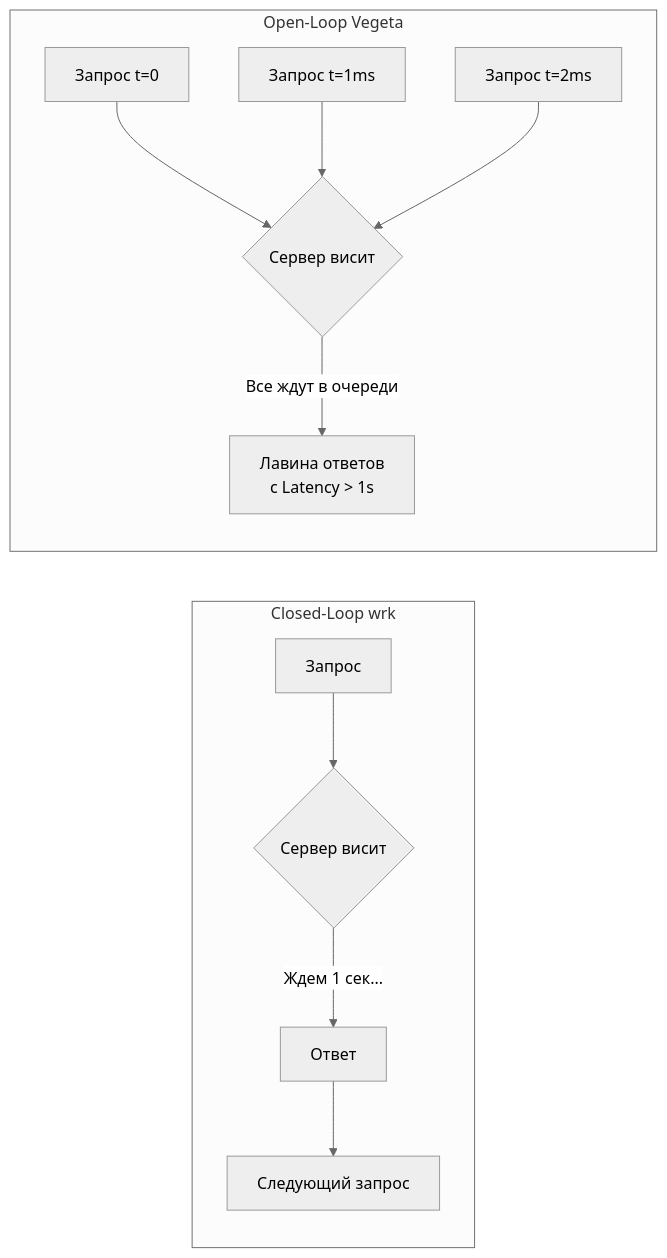
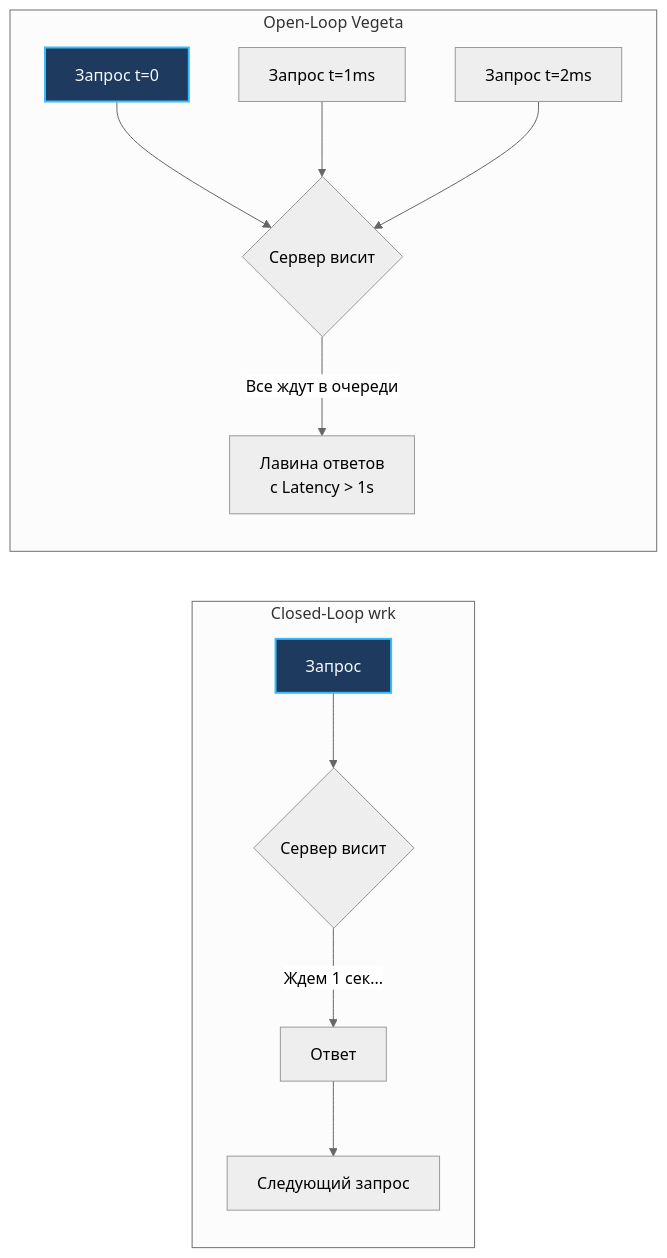
The diagram in sources/15. Тестирование в Go (QA & Testing)/09. Производительность/6. Тестирование latency.md (UnrealTemplier/go-textbook), drawn with Mermaid (neutral theme) before and after one commit. The commit also changed 1666 other files, not shown here.

First line of the commit message:
feat(mermaid): add semantic color classDef to 1369 colorless flowchart/graph diagrams

````diff
--- a/sources/15. Тестирование в Go (QA & Testing)/09. Производительность/6. Тестирование latency.md
+++ b/sources/15. Тестирование в Go (QA & Testing)/09. Производительность/6. Тестирование latency.md
@@ -38,15 +38,25 @@
 ```mermaid
 flowchart LR
+    classDef process  fill:#1e293b,stroke:#38bdf8,stroke-width:1px,color:#f8fafc
+    classDef success  fill:#064e3b,stroke:#34d399,stroke-width:1px,color:#f8fafc
+    classDef error    fill:#7f1d1d,stroke:#f87171,stroke-width:1px,color:#f8fafc
+    classDef warning  fill:#78350f,stroke:#fbbf24,stroke-width:1px,color:#f8fafc
+    classDef entry    fill:#1e3a5f,stroke:#38bdf8,stroke-width:2px,color:#f8fafc
+    classDef aux      fill:#334155,stroke:#64748b,stroke-width:1px,color:#f8fafc
+    classDef system   fill:#312e81,stroke:#a78bfa,stroke-width:1px,color:#f8fafc
+    classDef data     fill:#132d29,stroke:#2dd4bf,stroke-width:1px,color:#f8fafc
+    classDef network  fill:#881337,stroke:#fb7185,stroke-width:1px,color:#f8fafc
+    classDef accent   fill:#1e1b4b,stroke:#818cf8,stroke-width:1px,color:#f8fafc
     subgraph Closed-Loop wrk
-    A1["Запрос"] --> B1{"Сервер висит"}
+    A1["Запрос"]:::entry --> B1{"Сервер висит"}
     B1 -->|Ждем 1 сек...| C1["Ответ"]
     C1 --> D1["Следующий запрос"]
     end
 
     subgraph Open-Loop Vegeta
-    A2["Запрос t=0"] --> B2{"Сервер висит"}
+    A2["Запрос t=0"]:::entry --> B2{"Сервер висит"}
     A3["Запрос t=1ms"] --> B2
     A4["Запрос t=2ms"] --> B2
     B2 -->|Все ждут в очереди| C2["Лавина ответов<br>с Latency > 1s"]
     end
 ```
````
